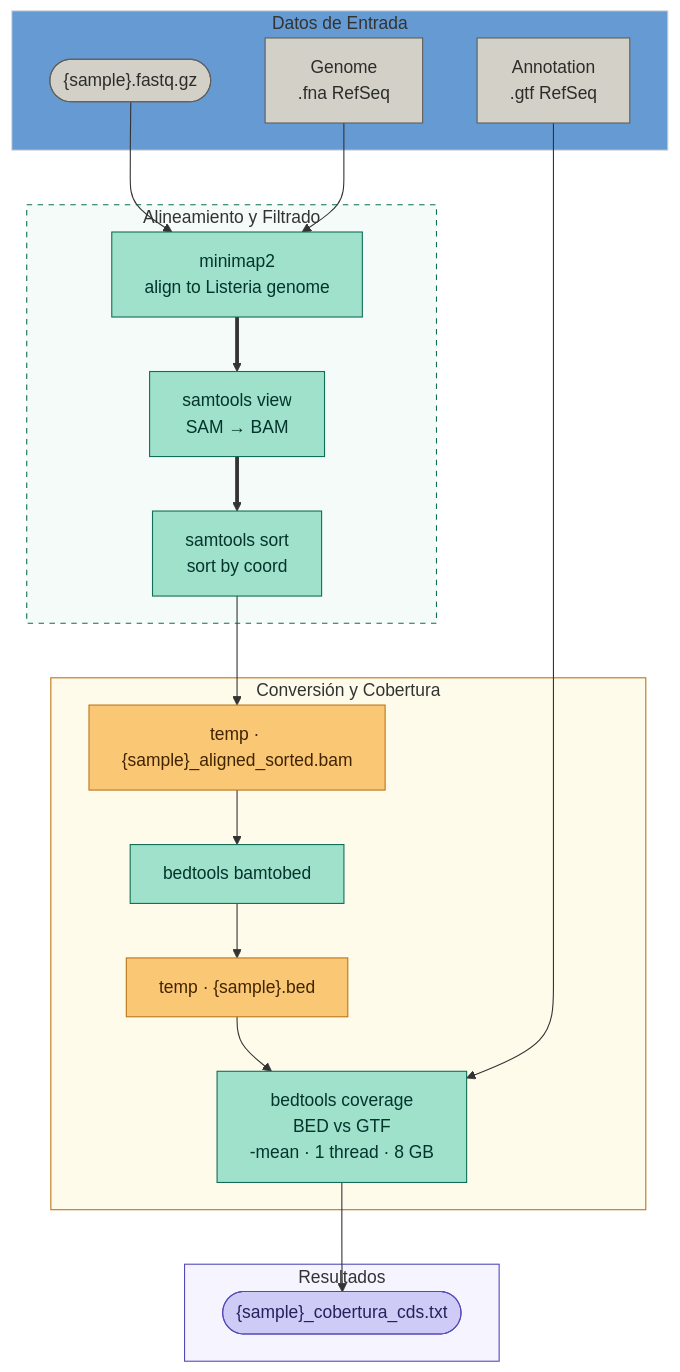
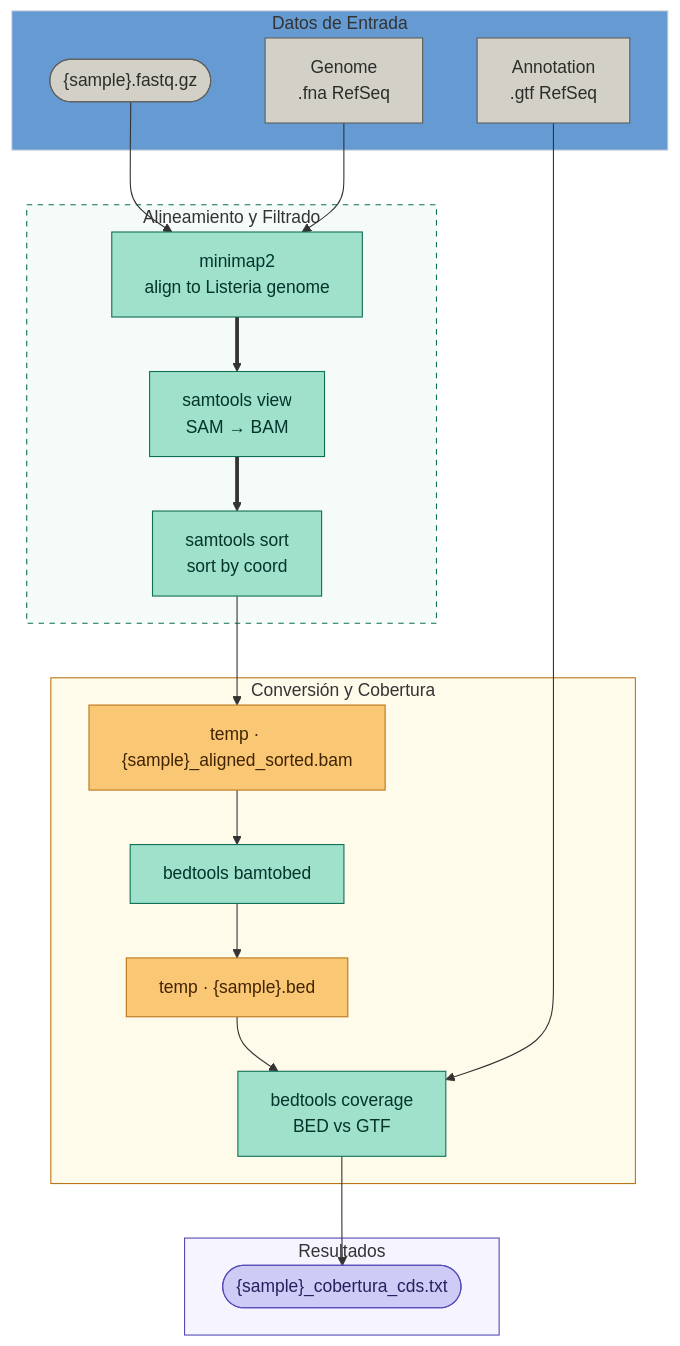
One commit to laugior/search4listeria changed the diagram in readme.md. Above: the diagram before and after it, drawn with Mermaid. The commit also changed other lines of this file, not shown here.

````diff
--- a/readme.md
+++ b/readme.md
@@ -3,61 +3,61 @@
 ```mermaid
 flowchart TB
     %% --- ENTRADAS ---
     subgraph INPUTS ["Datos de Entrada"]
         INPUT(["{sample}.fastq.gz"])
         GENOME["Genome\n.fna RefSeq"]
         GTF["Annotation\n.gtf RefSeq"]
     end
 
     %% --- PROCESAMIENTO EN STREAMING ---
     subgraph ALIGNMENT ["Alineamiento y Filtrado"]
         MM["minimap2\nalign to Listeria genome"]
         SV["samtools view\nSAM → BAM"]
         SS["samtools sort\nsort by coord"]
         
         MM ==>  SV ==>  SS
     end
 
     %% --- PASOS INTERMEDIOS Y ANÁLISIS ---
     subgraph ANALYSIS ["Conversión y Cobertura"]
         SBAM["temp · {sample}_aligned_sorted.bam"]
         B2B["bedtools bamtobed"]
         BED["temp · {sample}.bed"]
-        COV["bedtools coverage\nBED vs GTF\n-mean · 1 thread · 8 GB"]
+        COV["bedtools coverage\nBED vs GTF"]
     end
 
     %% --- SALIDA ---
     subgraph OUTPUTS ["Resultados"]
         OUTPUT(["{sample}_cobertura_cds.txt"])
     end
 
     %% --- CONEXIONES GLOBALES ---
     INPUT & GENOME --> MM
     SS --> SBAM
     SBAM --> B2B
     B2B --> BED
     BED & GTF --> COV
     COV --> OUTPUT
 
     %% --- ESTILOS ---
     style INPUT  fill:#D3D1C7,stroke:#5F5E5A,color:#2C2C2A
     style GENOME fill:#D3D1C7,stroke:#5F5E5A,color:#2C2C2A
     style GTF    fill:#D3D1C7,stroke:#5F5E5A,color:#2C2C2A
     
     style MM     fill:#9FE1CB,stroke:#0F6E56,color:#04342C
     style SV     fill:#9FE1CB,stroke:#0F6E56,color:#04342C
     style SS     fill:#9FE1CB,stroke:#0F6E56,color:#04342C
     style B2B    fill:#9FE1CB,stroke:#0F6E56,color:#04342C
     style COV    fill:#9FE1CB,stroke:#0F6E56,color:#04342C
 
     style SBAM   fill:#FAC775,stroke:#BA7517,color:#412402
     style BED    fill:#FAC775,stroke:#BA7517,color:#412402
     
     style OUTPUT fill:#CECBF6,stroke:#534AB7,color:#26215C
 
     %% Estilos de los subgrafos para dar estructura limpia
     style INPUTS fill:#659ad2,stroke:#ddd,stroke-width:1px
     style ALIGNMENT fill:#f4fbf9,stroke:#0F6E56,stroke-width:1px,stroke-dasharray: 5 5
     style ANALYSIS fill:#fffbeb,stroke:#BA7517,stroke-width:1px
     style OUTPUTS fill:#f5f4ff,stroke:#534AB7,stroke-width:1px
 ```
````
